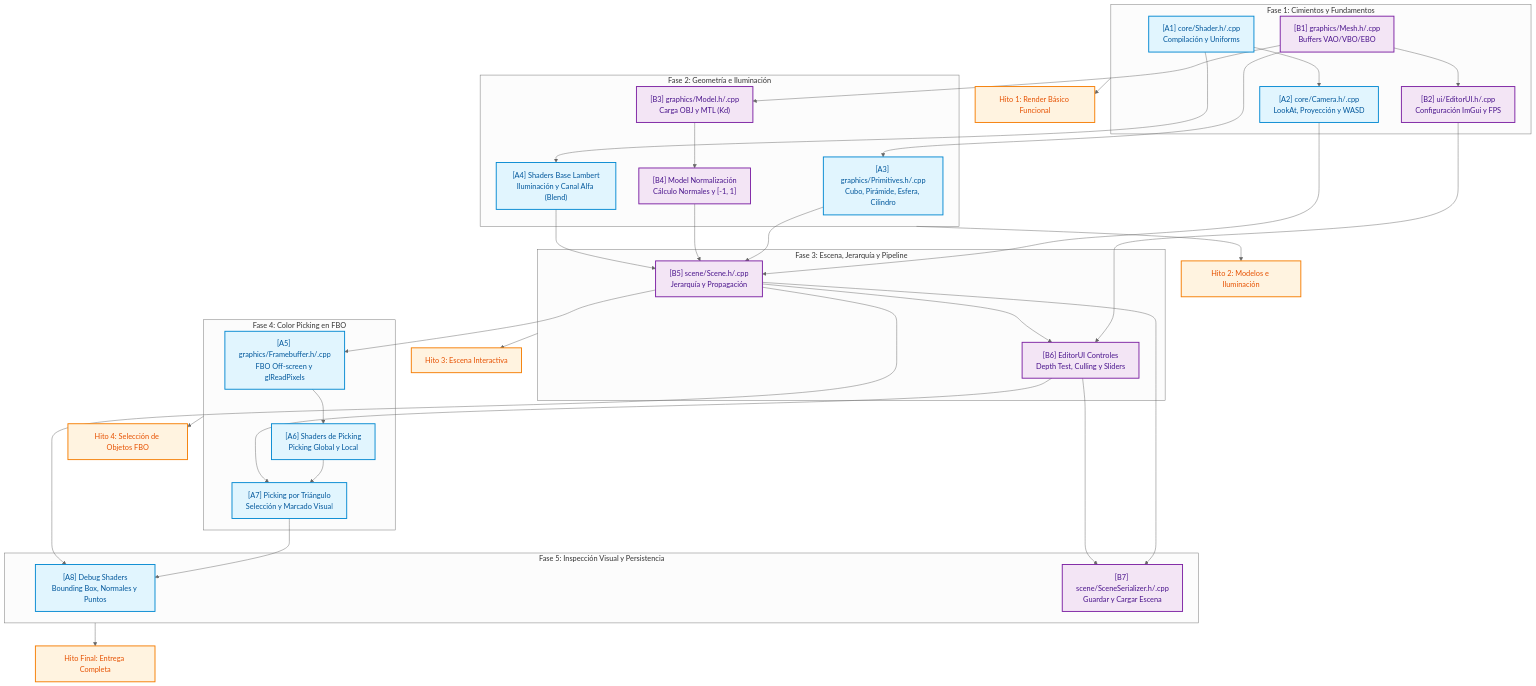
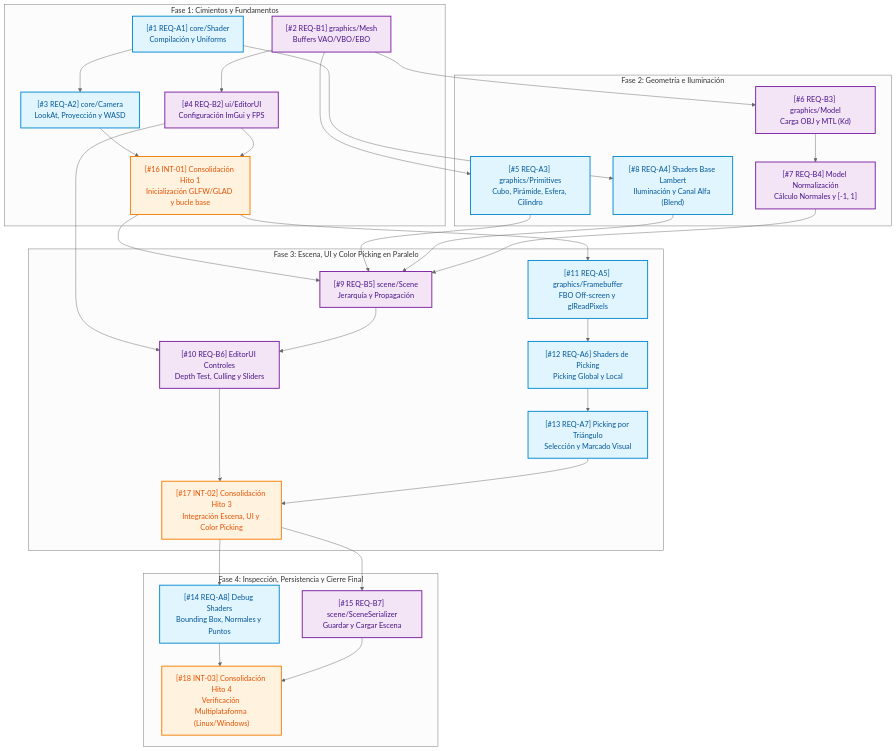
Before and after one commit to MiguelCiav/proyecto-2-grafica: the diagram in docs/plan_y_dependencias.md, drawn with Mermaid (neutral theme). The commit also changed other lines of this file, not shown here.

Commit message:
docs: actualizar plan de trabajo y diagrama con 4 fases paralelas y 3 hitos de consolidación INT

````diff
--- a/docs/plan_y_dependencias.md
+++ b/docs/plan_y_dependencias.md
@@ -27,47 +26,38 @@
 ```mermaid
 flowchart TD
     classDef devA fill:#e1f5fe,stroke:#0288d1,stroke-width:2px,color:#01579b;
     classDef devB fill:#f3e5f5,stroke:#7b1fa2,stroke-width:2px,color:#4a148c;
     classDef sync fill:#fff3e0,stroke:#f57c00,stroke-width:2px,color:#e65100;
 
     subgraph FASE_1 ["Fase 1: Cimientos y Fundamentos"]
-        A1["[A1] core/Shader.h/.cpp<br/>Compilación y Uniforms"]:::devA
-        B1["[B1] graphics/Mesh.h/.cpp<br/>Buffers VAO/VBO/EBO"]:::devB
-        A1 --> A2["[A2] core/Camera.h/.cpp<br/>LookAt, Proyección y WASD"]:::devA
-        B1 --> B2["[B2] ui/EditorUI.h/.cpp<br/>Configuración ImGui y FPS"]:::devB
+        A1["[#1 REQ-A1] core/Shader<br/>Compilación y Uniforms"]:::devA
+        B1["[#2 REQ-B1] graphics/Mesh<br/>Buffers VAO/VBO/EBO"]:::devB
+        A1 --> A2["[#3 REQ-A2] core/Camera<br/>LookAt, Proyección y WASD"]:::devA
+        B1 --> B2["[#4 REQ-B2] ui/EditorUI<br/>Configuración ImGui y FPS"]:::devB
+        A2 & B2 --> INT1["[#16 INT-01] Consolidación Hito 1<br/>Inicialización GLFW/GLAD y bucle base"]:::sync
     end
 
     subgraph FASE_2 ["Fase 2: Geometría e Iluminación"]
-        B1 --> A3["[A3] graphics/Primitives.h/.cpp<br/>Cubo, Pirámide, Esfera, Cilindro"]:::devA
-        B1 --> B3["[B3] graphics/Model.h/.cpp<br/>Carga OBJ y MTL (Kd)"]:::devB
-        B3 --> B4["[B4] Model Normalización<br/>Cálculo Normales y [-1, 1]"]:::devB
-        A1 --> A4["[A4] Shaders Base Lambert<br/>Iluminación y Canal Alfa (Blend)"]:::devA
+        B1 --> A3["[#5 REQ-A3] graphics/Primitives<br/>Cubo, Pirámide, Esfera, Cilindro"]:::devA
+        A1 --> A4["[#8 REQ-A4] Shaders Base Lambert<br/>Iluminación y Canal Alfa (Blend)"]:::devA
+        B1 --> B3["[#6 REQ-B3] graphics/Model<br/>Carga OBJ y MTL (Kd)"]:::devB
+        B3 --> B4["[#7 REQ-B4] Model Normalización<br/>Cálculo Normales y [-1, 1]"]:::devB
     end
 
-    subgraph FASE_3 ["Fase 3: Escena, Jerarquía y Pipeline"]
-        A2 & A3 & B4 & A4 --> B5["[B5] scene/Scene.h/.cpp<br/>Jerarquía y Propagación"]:::devB
-        B2 & B5 --> B6["[B6] EditorUI Controles<br/>Depth Test, Culling y Sliders"]:::devB
+    subgraph FASE_3 ["Fase 3: Escena, UI y Color Picking en Paralelo"]
+        INT1 & A3 & A4 & B4 --> B5["[#9 REQ-B5] scene/Scene<br/>Jerarquía y Propagación"]:::devB
+        B2 & B5 --> B6["[#10 REQ-B6] EditorUI Controles<br/>Depth Test, Culling y Sliders"]:::devB
+
+        INT1 --> A5["[#11 REQ-A5] graphics/Framebuffer<br/>FBO Off-screen y glReadPixels"]:::devA
+        A5 --> A6["[#12 REQ-A6] Shaders de Picking<br/>Picking Global y Local"]:::devA
+        A6 --> A7["[#13 REQ-A7] Picking por Triángulo<br/>Selección y Marcado Visual"]:::devA
+
+        B6 & A7 --> INT2["[#17 INT-02] Consolidación Hito 3<br/>Integración Escena, UI y Color Picking"]:::sync
     end
 
-    subgraph FASE_4 ["Fase 4: Color Picking en FBO"]
-        B5 --> A5["[A5] graphics/Framebuffer.h/.cpp<br/>FBO Off-screen y glReadPixels"]:::devA
-        A5 --> A6["[A6] Shaders de Picking<br/>Picking Global y Local"]:::devA
-        A6 & B6 --> A7["[A7] Picking por Triángulo<br/>Selección y Marcado Visual"]:::devA
+    subgraph FASE_4 ["Fase 4: Inspección, Persistencia y Cierre Final"]
+        INT2 --> A8["[#14 REQ-A8] Debug Shaders<br/>Bounding Box, Normales y Puntos"]:::devA
+        INT2 --> B7["[#15 REQ-B7] scene/SceneSerializer<br/>Guardar y Cargar Escena"]:::devB
+        A8 & B7 --> INT3["[#18 INT-03] Consolidación Hito 4<br/>Verificación Multiplataforma (Linux/Windows)"]:::sync
     end
-
-    subgraph FASE_5 ["Fase 5: Inspección Visual y Persistencia"]
-        A7 & B5 --> A8["[A8] Debug Shaders<br/>Bounding Box, Normales y Puntos"]:::devA
-        B5 & B6 --> B7["[B7] scene/SceneSerializer.h/.cpp<br/>Guardar y Cargar Escena"]:::devB
-    end
-
-    SYNC1["Hito 1: Render Básico Funcional"]:::sync
-    FASE_1 --> SYNC1
-    SYNC2["Hito 2: Modelos e Iluminación"]:::sync
-    FASE_2 --> SYNC2
-    SYNC3["Hito 3: Escena Interactiva"]:::sync
-    FASE_3 --> SYNC3
-    SYNC4["Hito 4: Selección de Objetos FBO"]:::sync
-    FASE_4 --> SYNC4
-    SYNC5["Hito Final: Entrega Completa"]:::sync
-    FASE_5 --> SYNC5
 ```
````
